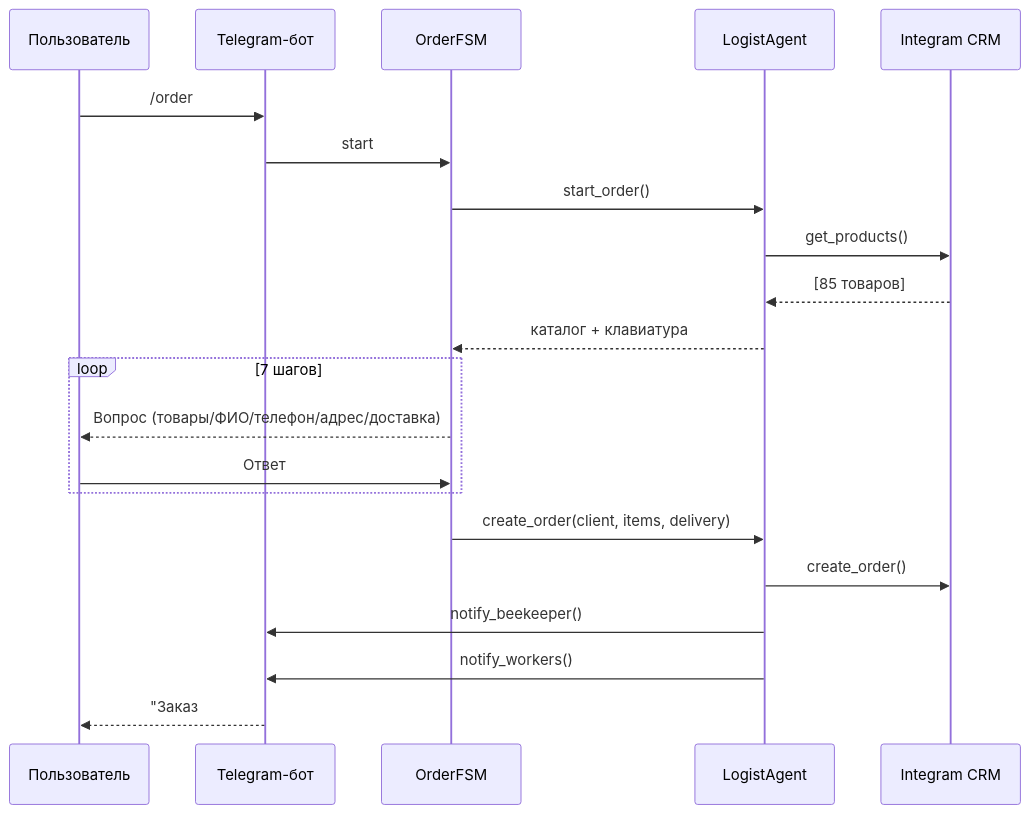
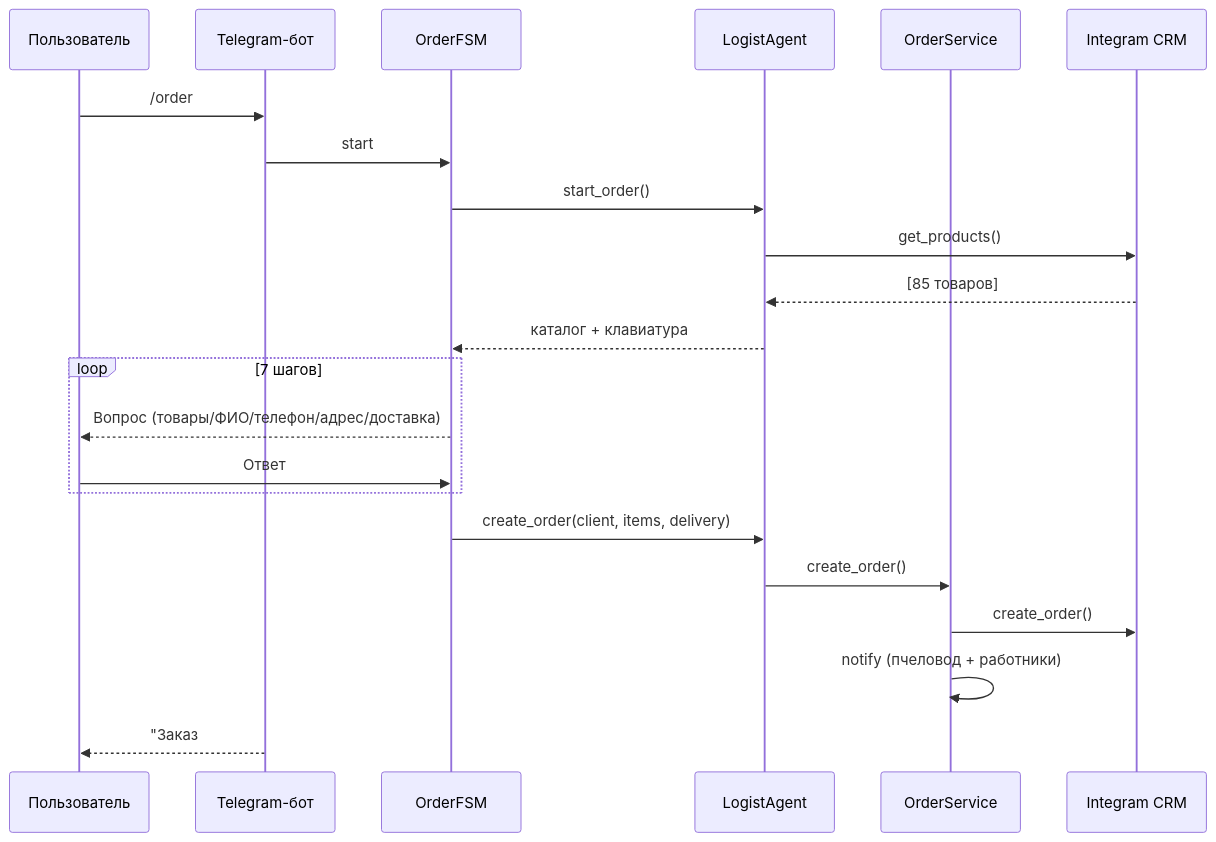
Before and after one commit to unidel2035/BEEBOT: diagram 12 of 13 in docs/architecture.md, drawn with Mermaid. The commit also changed other lines of this file and 25 other files, not shown here.

````diff
--- a/docs/architecture.md
+++ b/docs/architecture.md
@@ -353,26 +481,27 @@
 ```mermaid
 sequenceDiagram
     participant User as Пользователь
     participant Bot as Telegram-бот
     participant FSM as OrderFSM
     participant Logist as LogistAgent
+    participant OS as OrderService
     participant CRM as Integram CRM
 
     User->>Bot: /order
     Bot->>FSM: start
     FSM->>Logist: start_order()
     Logist->>CRM: get_products()
     CRM-->>Logist: [85 товаров]
     Logist-->>FSM: каталог + клавиатура
 
     loop 7 шагов
         FSM-->>User: Вопрос (товары/ФИО/телефон/адрес/доставка)
         User->>FSM: Ответ
     end
 
     FSM->>Logist: create_order(client, items, delivery)
-    Logist->>CRM: create_order()
-    Logist->>Bot: notify_beekeeper()
-    Logist->>Bot: notify_workers()
+    Logist->>OS: create_order()
+    OS->>CRM: create_order()
+    OS->>OS: notify (пчеловод + работники)
     Bot-->>User: "Заказ #TG-20260402 создан!"
 ```
````
